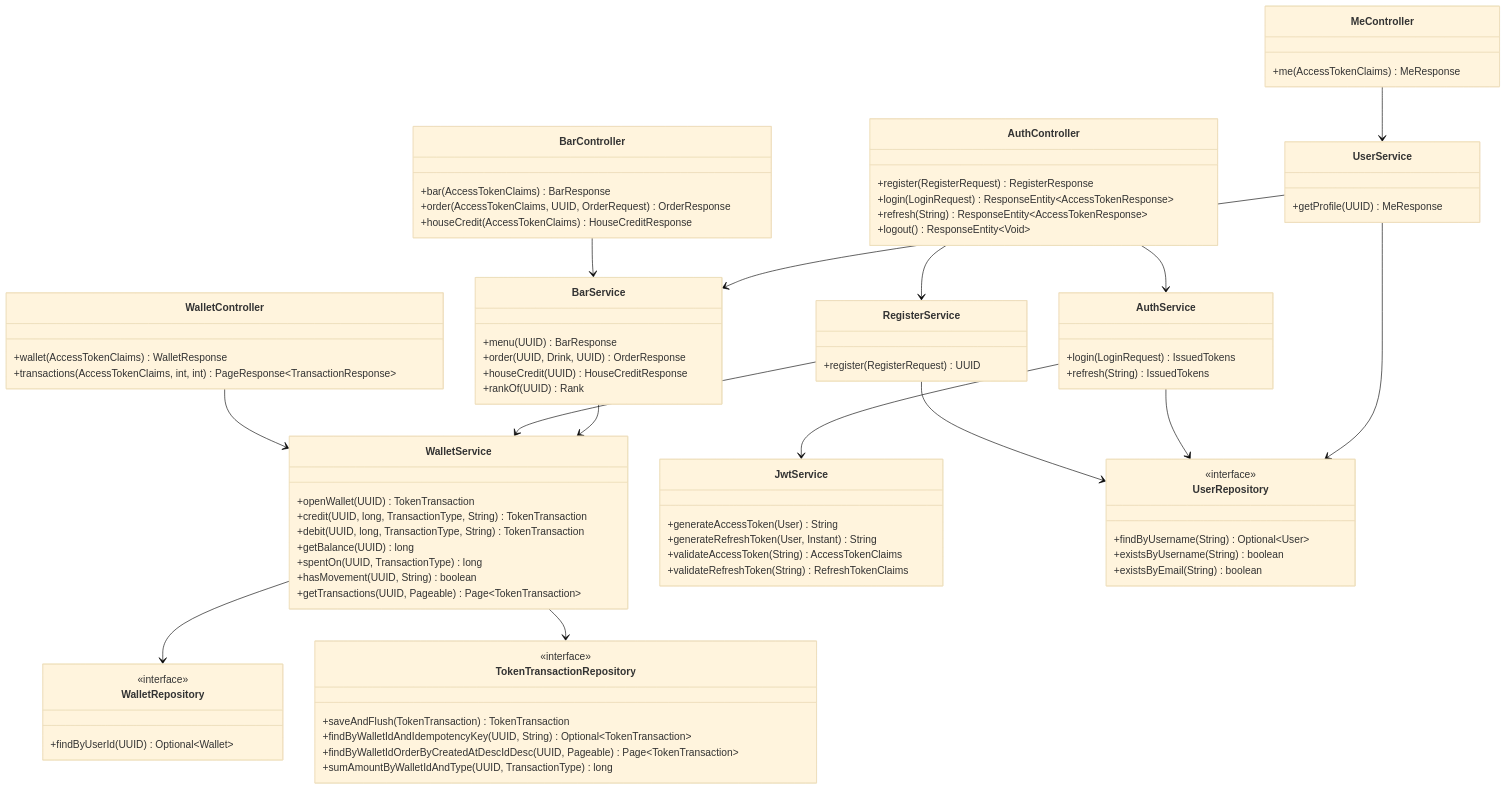
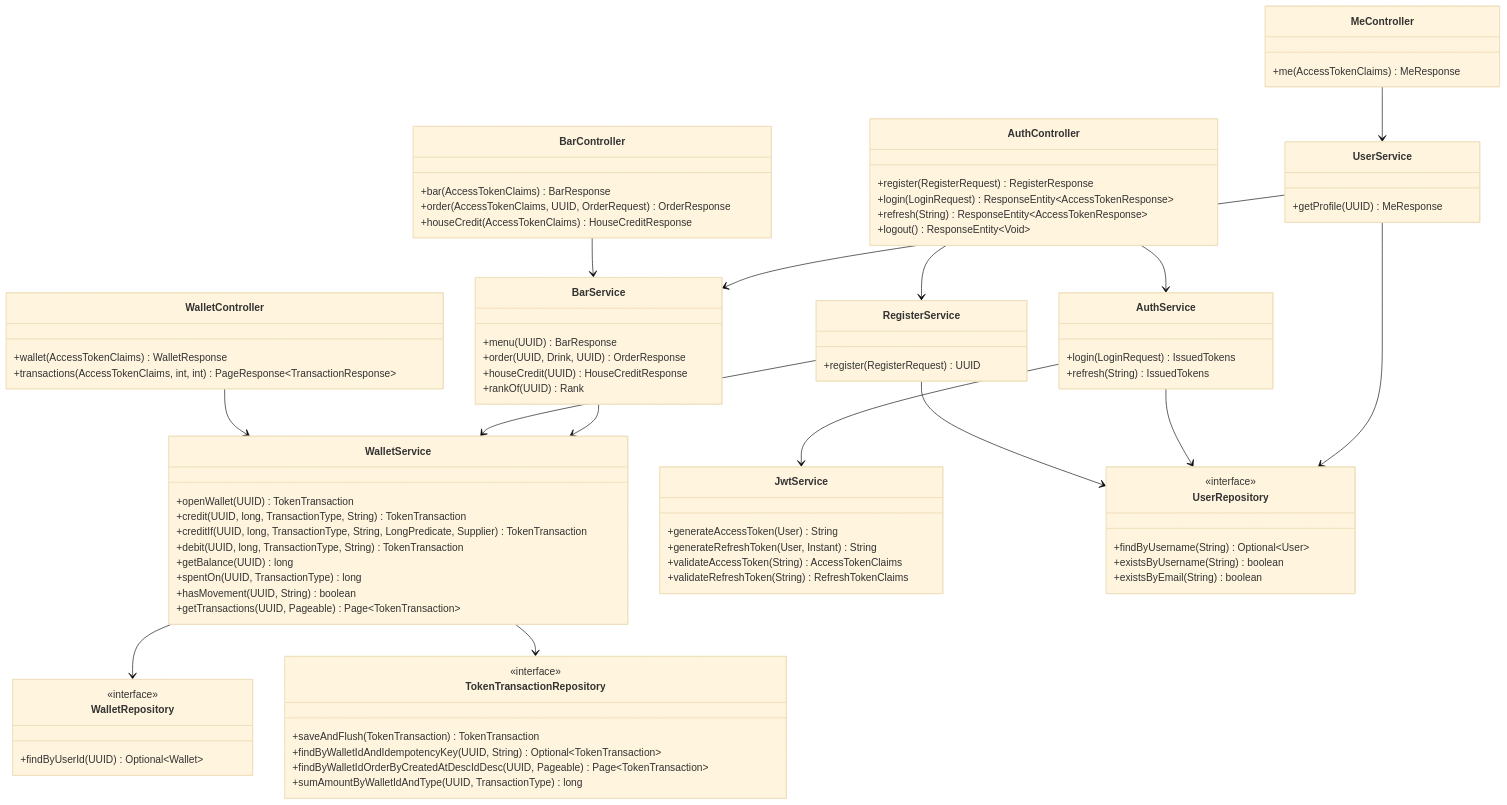
Before and after one commit to iulian640/iulianlounge-backend: the third of 5 diagrams in docs/diagramas.md, drawn with Mermaid (base theme). The commit also changed other lines of this file and 4 other files, not shown here.

First line of the commit message:
fix(bar): check the house-credit condition inside the credit transaction IUL-65

```diff
--- a/docs/diagramas.md
+++ b/docs/diagramas.md
@@ -256,6 +256,7 @@
     class WalletService {
         +openWallet(UUID) TokenTransaction
         +credit(UUID, long, TransactionType, String) TokenTransaction
+        +creditIf(UUID, long, TransactionType, String, LongPredicate, Supplier) TokenTransaction
         +debit(UUID, long, TransactionType, String) TokenTransaction
         +getBalance(UUID) long
         +spentOn(UUID, TransactionType) long
```
